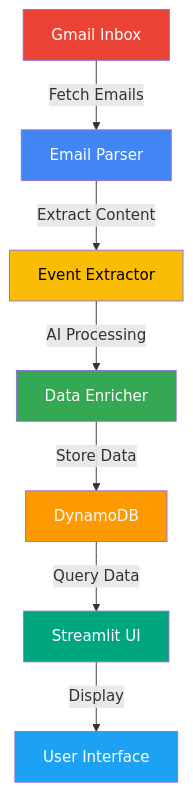
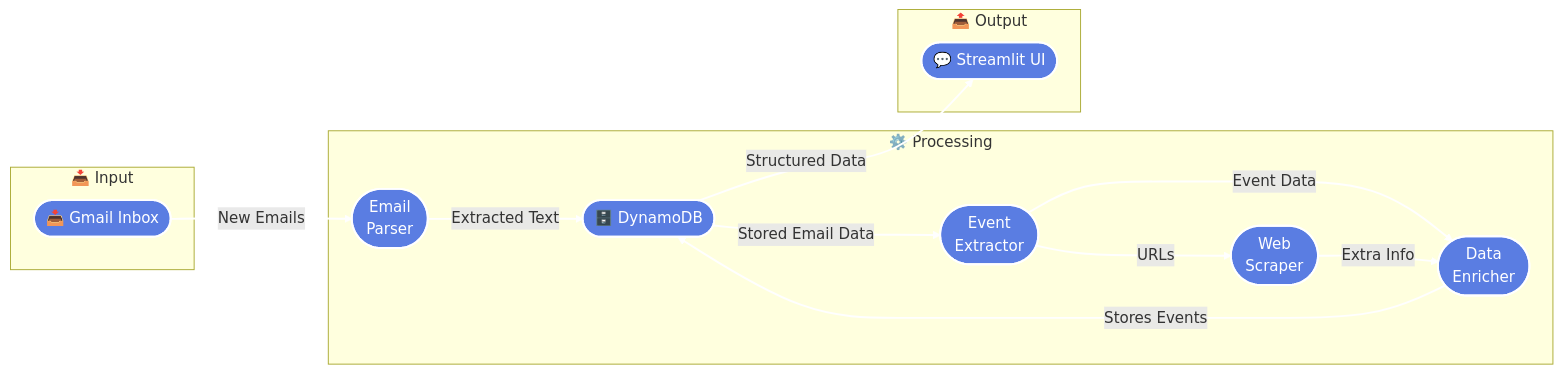
The diagram in README.md (lauren-cordova/event-agent), drawn with Mermaid before and after one commit.

Commit message:
Update README.md
Enhanced architecture diagram detail and format

````diff
--- a/README.md
+++ b/README.md
@@ -15,17 +15,37 @@
 ```mermaid
-graph TD
-    A[Gmail Inbox] -->|Fetch Emails| B[Email Parser]
-    B -->|Extract Content| C[Event Extractor]
-    C -->|AI Processing| D[Data Enricher]
-    D -->|Store Data| E[DynamoDB]
-    E -->|Query Data| F[Streamlit UI]
-    F -->|Display| G[User Interface]
-    
-    style A fill:#EA4335,color:#fff
-    style B fill:#4285F4,color:#fff
-    style C fill:#FBBC05,color:#000
-    style D fill:#34A853,color:#fff
-    style E fill:#FF9900,color:#fff
-    style F fill:#00A67E,color:#fff
-    style G fill:#1DA1F2,color:#fff
+graph LR
+    subgraph Input [📥 Input]
+        G([📥 Gmail Inbox])
+    end
+
+    subgraph Processing [⚙️ Processing]
+        E([Email<br>Parser])
+        X([Event<br>Extractor])
+        W([Web<br>Scraper])
+        D([Data<br>Enricher])
+        DB([🗄️ DynamoDB])
+    end
+
+    subgraph Output [📤 Output]
+        UI([💬 Streamlit UI])
+    end
+
+    G -->|New Emails| E
+    E -->|Extracted Text| DB
+    DB -->|Stored Email Data| X
+    X -->|Event Data| D
+    X -->|URLs| W
+    W -->|Extra Info| D
+    D -->|Stores Events| DB
+    DB -->|Structured Data| UI
+
+    style G fill:#5a7de2,stroke:#fff,stroke-width:2px,color:#fff
+    style E fill:#5a7de2,stroke:#fff,stroke-width:2px,color:#fff
+    style X fill:#5a7de2,stroke:#fff,stroke-width:2px,color:#fff
+    style W fill:#5a7de2,stroke:#fff,stroke-width:2px,color:#fff
+    style D fill:#5a7de2,stroke:#fff,stroke-width:2px,color:#fff
+    style UI fill:#5a7de2,stroke:#fff,stroke-width:2px,color:#fff
+    style DB fill:#5a7de2,stroke:#fff,stroke-width:2px,color:#fff
+
+    linkStyle default stroke:#fff,stroke-width:2px
 ```
````
